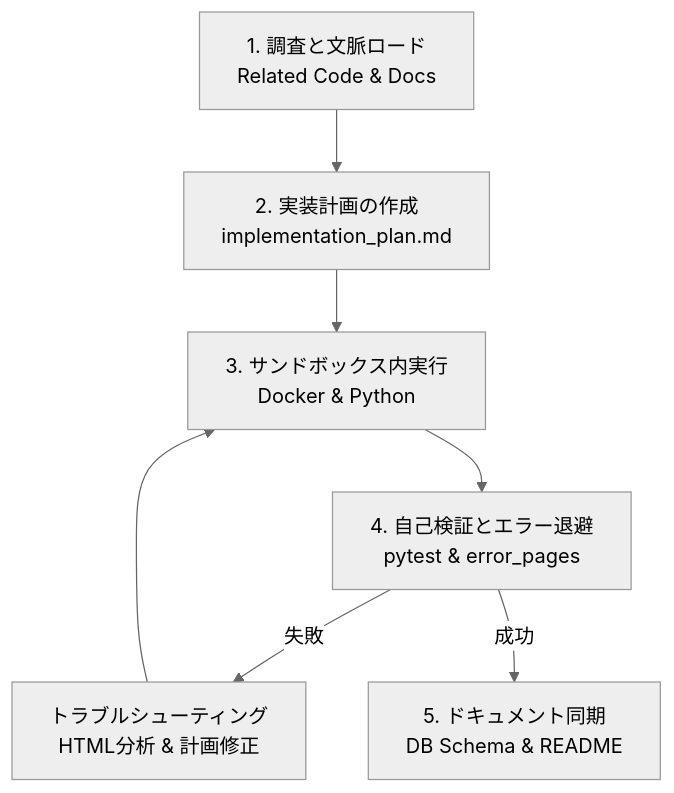
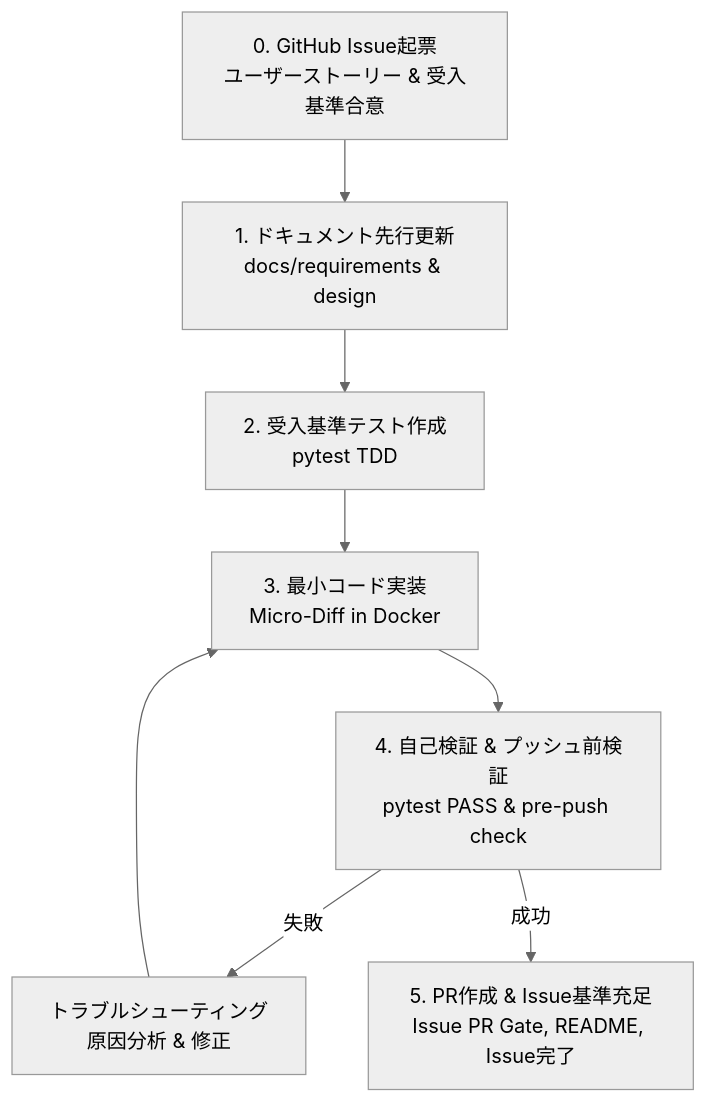
Before and after one commit to AnaharaYasuo/realestate_crawler: the diagram in docs/implementation/ai_developer_guide.md, drawn with Mermaid (neutral theme). The commit also changed other lines of this file and 14 other files, not shown here.

````diff
--- a/docs/implementation/ai_developer_guide.md
+++ b/docs/implementation/ai_developer_guide.md
@@ -38,9 +46,10 @@
 ```mermaid
 graph TD
-    A[1. 調査と文脈ロード<br>Related Code & Docs] --> B[2. 実装計画の作成<br>implementation_plan.md]
-    B --> C[3. サンドボックス内実行<br>Docker & Python]
-    C --> D[4. 自己検証とエラー退避<br>pytest & error_pages]
-    D -->|失敗| E[トラブルシューティング<br>HTML分析 & 計画修正]
-    E --> C
-    D -->|成功| F[5. ドキュメント同期<br>DB Schema & README]
+    A[0. GitHub Issue起票<br>ユーザーストーリー & 受入基準合意] --> B[1. ドキュメント先行更新<br>docs/requirements & design]
+    B --> C[2. 受入基準テスト作成<br>pytest TDD]
+    C --> D[3. 最小コード実装<br>Micro-Diff in Docker]
+    D --> E[4. 自己検証 & プッシュ前検証<br>pytest PASS & pre-push check]
+    E -->|失敗| F[トラブルシューティング<br>原因分析 & 修正]
+    F --> D
+    E -->|成功| G[5. PR作成 & Issue基準充足<br>Issue PR Gate, README, Issue完了]
 ```
````
